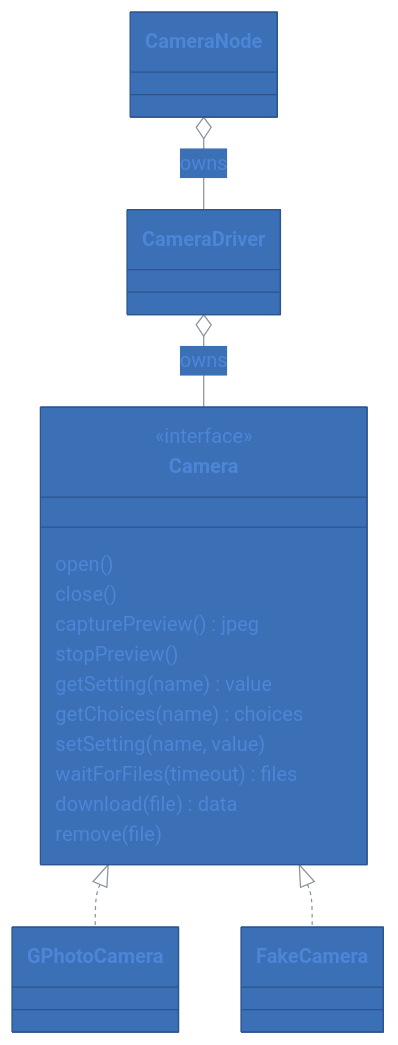
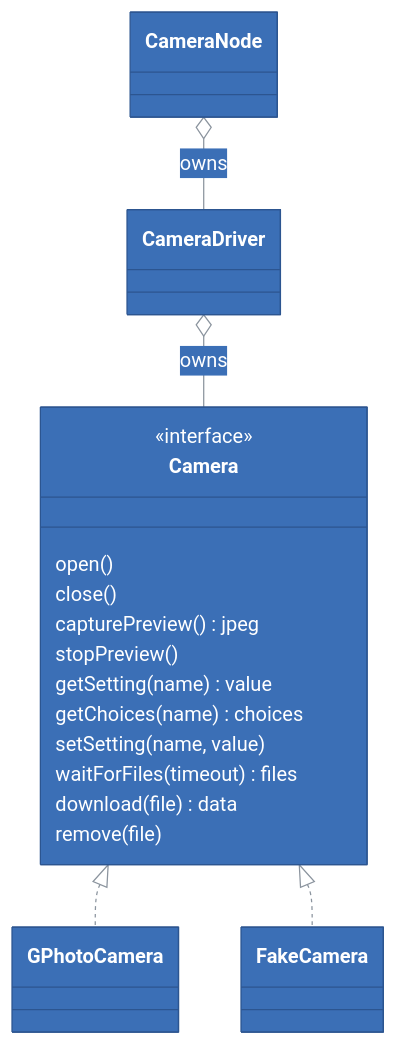
Before and after one commit to kineticsystem/stepit-camera: the second of 4 diagrams in docs/ARCHITECTURE.md, drawn with Mermaid. The commit also changed other lines of this file and 1 other file, not shown here.

First line of the commit message:
Give the diagrams the StepIt style, readable in light and dark mode

````diff
--- a/docs/ARCHITECTURE.md
+++ b/docs/ARCHITECTURE.md
@@ -95,30 +116,50 @@
 ```mermaid
 ---
 config:
   theme: base
   themeVariables:
     primaryColor: "#3b6fb6"
     primaryTextColor: "#ffffff"
     primaryBorderColor: "#2c5590"
     lineColor: "#8b949e"
     textColor: "#4d86d6"
+    actorBkg: "#3b6fb6"
+    actorBorder: "#2c5590"
+    actorTextColor: "#ffffff"
+    actorLineColor: "#8b949e"
+    signalColor: "#8b949e"
+    signalTextColor: "#4d86d6"
+    noteBkgColor: "#3b6fb6"
+    noteTextColor: "#ffffff"
+    noteBorderColor: "#2c5590"
+    secondaryColor: "#3b6fb6"
+    tertiaryColor: "#3b6fb6"
+    clusterBkg: "transparent"
+    clusterBorder: "#8b949e"
+    titleColor: "#4d86d6"
+    edgeLabelBackground: "#3b6fb6"
+    classText: "#ffffff"
+    labelBoxBkgColor: "#3b6fb6"
+    labelBoxBorderColor: "#2c5590"
+    labelTextColor: "#ffffff"
+    loopTextColor: "#4d86d6"
 ---
 classDiagram
     class Camera {
         <<interface>>
         open()
         close()
         capturePreview() jpeg
         stopPreview()
         getSetting(name) value
         getChoices(name) choices
         setSetting(name, value)
         waitForFiles(timeout) files
         download(file) data
         remove(file)
     }
     Camera <|.. GPhotoCamera
     Camera <|.. FakeCamera
     CameraDriver o-- Camera : owns
     CameraNode o-- CameraDriver : owns
 ```
````
